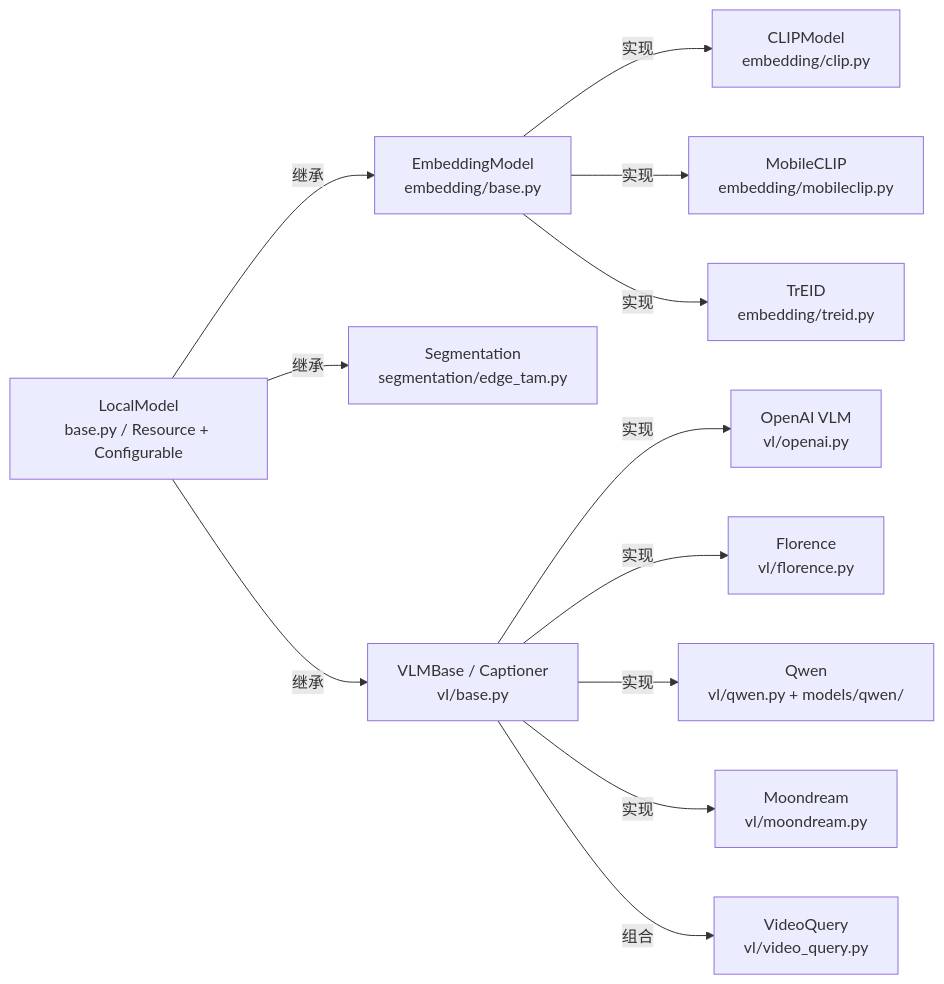
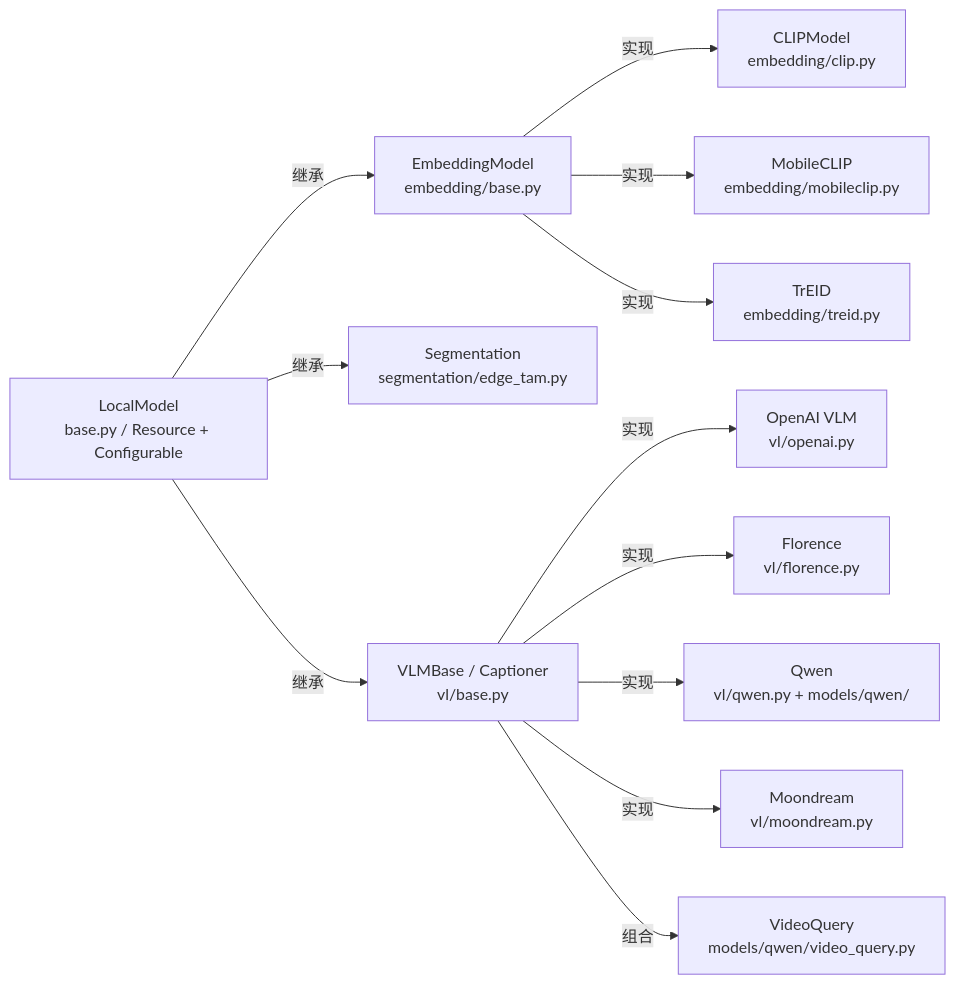
One commit to cpy1990/dimos changed the seventh of 8 diagrams in docs/architecture/subsystems.md. Above: the diagram before and after it, drawn with Mermaid. The commit also changed other lines of this file and 4 other files, not shown here.

Commit message:
docs(architecture): batch A — path/class literal fixes for core/coordination, perception rename, rerun rename, mapping rename

````diff
--- a/docs/architecture/subsystems.md
+++ b/docs/architecture/subsystems.md
@@ -365,27 +365,27 @@
 ```mermaid
 flowchart LR
   LM[LocalModel<br/>base.py / Resource + Configurable]
   EM[EmbeddingModel<br/>embedding/base.py]
   CLIP[CLIPModel<br/>embedding/clip.py]
   MC[MobileCLIP<br/>embedding/mobileclip.py]
   TR[TrEID<br/>embedding/treid.py]
   SEG[Segmentation<br/>segmentation/edge_tam.py]
   VLM[VLMBase / Captioner<br/>vl/base.py]
   OAI[OpenAI VLM<br/>vl/openai.py]
   FLO[Florence<br/>vl/florence.py]
   QWN[Qwen<br/>vl/qwen.py + models/qwen/]
   MD[Moondream<br/>vl/moondream.py]
-  VQ[VideoQuery<br/>vl/video_query.py]
+  VQ[VideoQuery<br/>models/qwen/video_query.py]
 
   LM -->|继承| EM
   LM -->|继承| SEG
   LM -->|继承| VLM
   EM -->|实现| CLIP
   EM -->|实现| MC
   EM -->|实现| TR
   VLM -->|实现| OAI
   VLM -->|实现| FLO
   VLM -->|实现| QWN
   VLM -->|实现| MD
   VLM -->|组合| VQ
 ```
````
